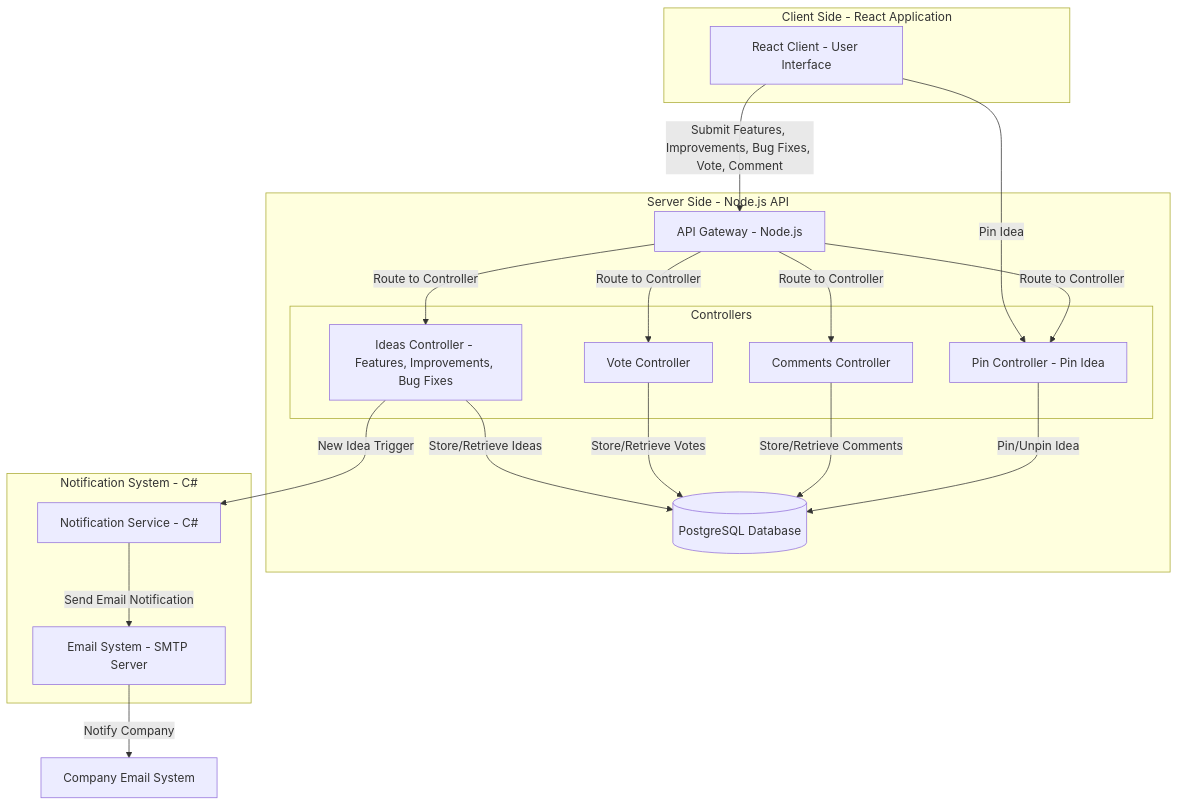
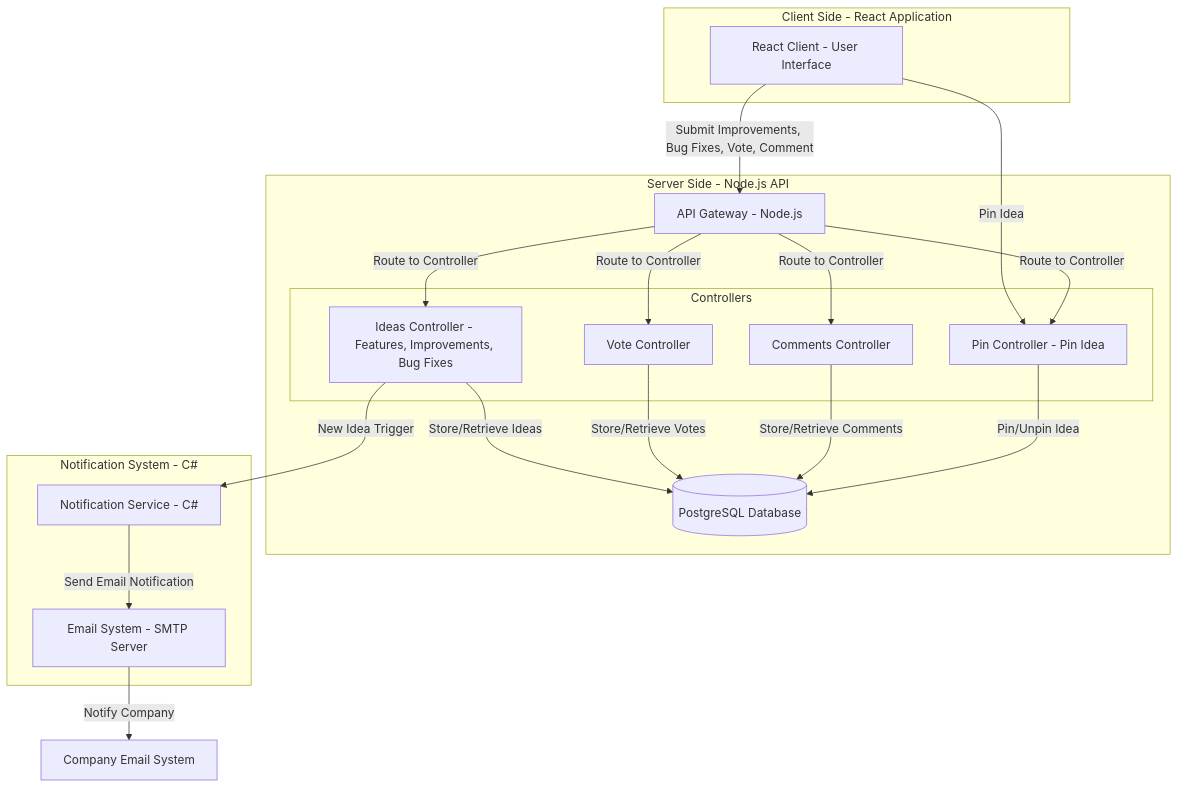
Before and after one commit to SpotifaiI/epicfy-concept: the first of 2 diagrams in README.md, drawn with Mermaid.

````diff
--- a/README.md
+++ b/README.md
@@ -21,41 +21,41 @@
 ``` mermaid
 flowchart TD
     subgraph ClientSide [Client Side - React Application]
         FE[React Client - User Interface]
     end
 
     subgraph ServerSide [Server Side - Node.js API]
         API[API Gateway - Node.js] 
         subgraph Controllers [Controllers]
             IdeasCtrl[Ideas Controller - Features, Improvements, Bug Fixes] 
             VotesCtrl[Vote Controller] 
             CommentsCtrl[Comments Controller]
             PinCtrl[Pin Controller - Pin Idea]
         end
         DB[(PostgreSQL Database)]
     end
 
     subgraph NotificationSystem [Notification System - C#]
         NotifyService[Notification Service - C#]
         Email[Email System - SMTP Server]
     end
 
     %% Connections
-    FE -->|Submit Features, Improvements, Bug Fixes, Vote, Comment| API
+    FE -->|Submit Improvements, Bug Fixes, Vote, Comment| API
     FE -->|Pin Idea| PinCtrl
     API -->|Route to Controller| IdeasCtrl
     API -->|Route to Controller| VotesCtrl
     API -->|Route to Controller| CommentsCtrl
     API -->|Route to Controller| PinCtrl
 
     %% Database interactions
     IdeasCtrl -->|Store/Retrieve Ideas| DB
     VotesCtrl -->|Store/Retrieve Votes| DB
     CommentsCtrl -->|Store/Retrieve Comments| DB
     PinCtrl -->|Pin/Unpin Idea| DB
 
     %% Notification flow
     IdeasCtrl -->|New Idea Trigger| NotifyService
     NotifyService -->|Send Email Notification| Email
     Email -->|Notify Company| CompanyEmail[Company Email System]
 ```
````
